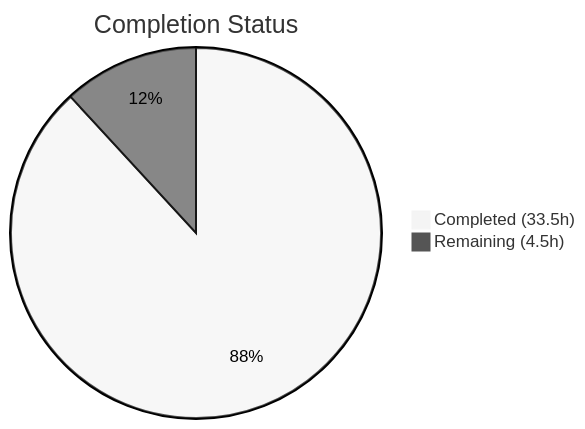
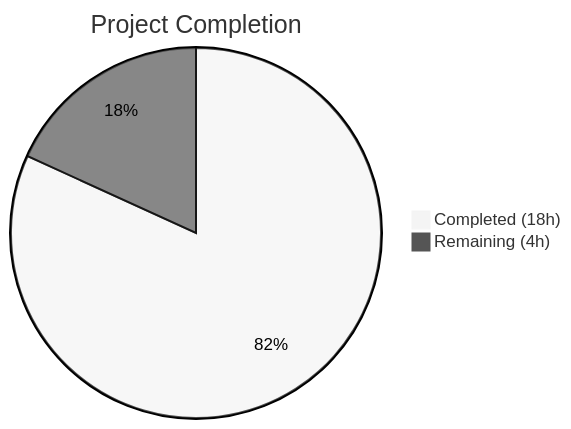
One commit to TestadoBlitzy/Existing-product changed the first of 2 diagrams in blitzy/documentation/Project Guide.md. Above: the diagram before and after it, drawn with Mermaid (neutral theme). The commit also changed other lines of this file, not shown here.

Commit message:
Adding Blitzy Project Guide: Project Status and Human Tasks Remaining

````diff
--- a/blitzy/documentation/Project Guide.md
+++ b/blitzy/documentation/Project Guide.md
@@ -15,5 +13,5 @@
 ```mermaid
-pie title Completion Status
-    "Completed (33.5h)" : 33.5
-    "Remaining (4.5h)" : 4.5
+pie title Project Completion
+    "Completed (18h)" : 18
+    "Remaining (4h)" : 4
 ```
````
